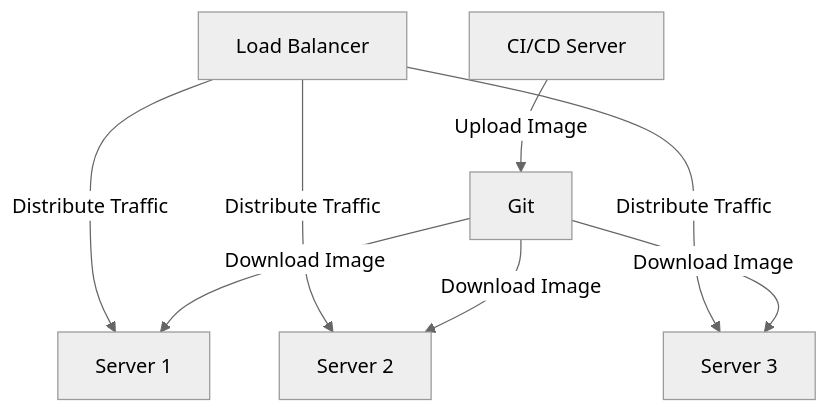
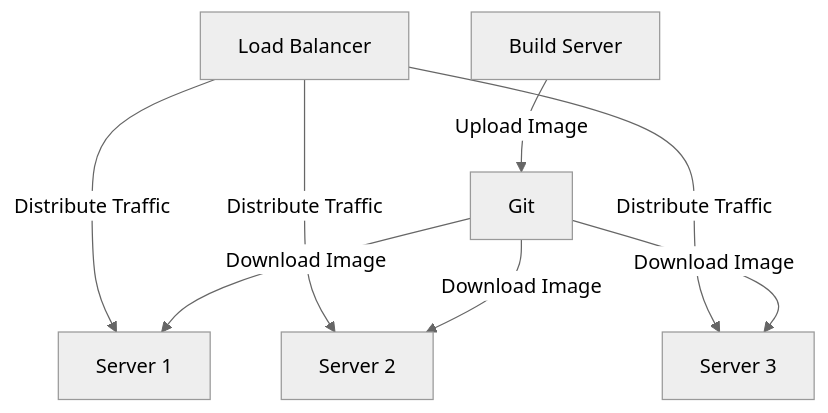
The third of 3 diagrams in README.md (patternhelloworld/docker-blue-green-runner), drawn with Mermaid (neutral theme) before and after one commit. The commit also changed other lines of this file and 12 other files, not shown here.

````diff
--- a/README.md
+++ b/README.md
@@ -495,10 +530,10 @@
 ```mermaid
 graph TD;
   A[Load Balancer] --->|Distribute Traffic| B[Server 1]
   A --->|Distribute Traffic| C[Server 2]
   A --->|Distribute Traffic| D[Server 3]
   E[Git] -->|Download Image| B[Server 1]
   E -->|Download Image| C[Server 2]
   E -->|Download Image| D[Server 3]
-  F[CI/CD Server] -->|Upload Image| E[Git]
+  F[Build Server] -->|Upload Image| E[Git]
 ```
````
